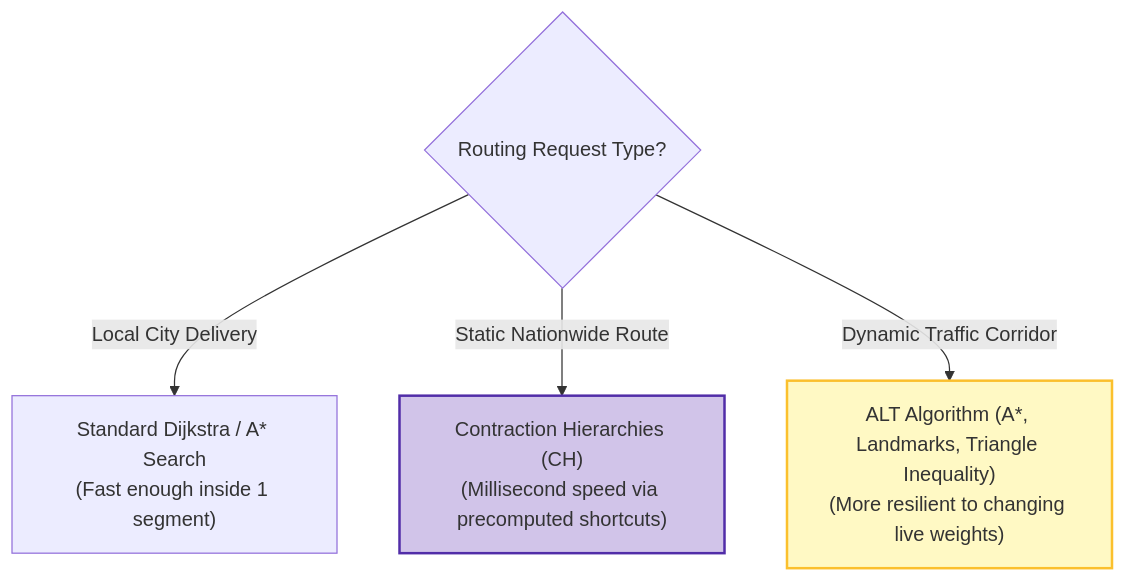
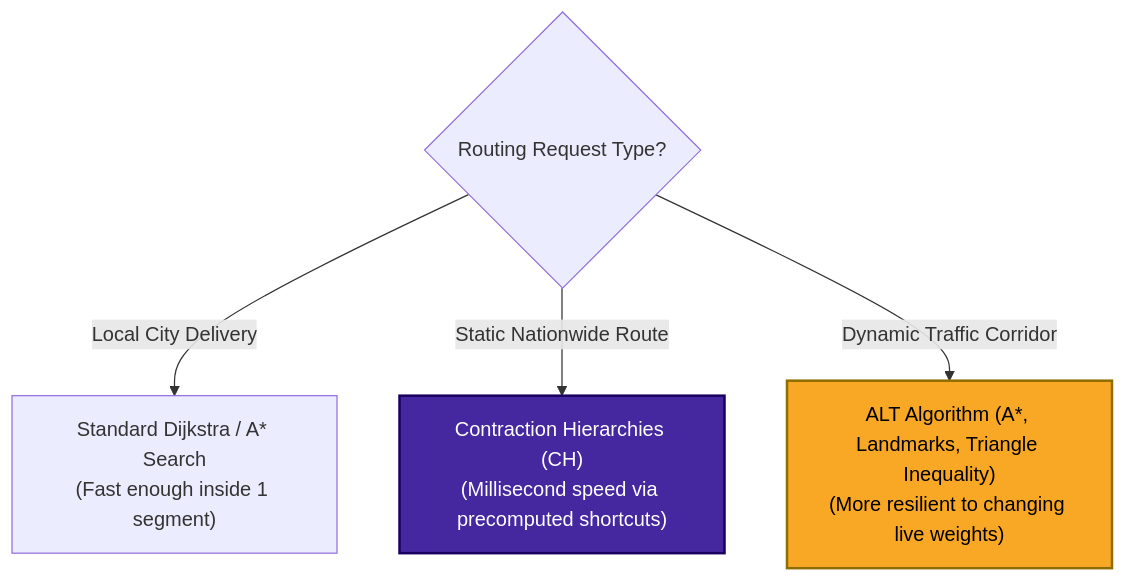
Before and after one commit to riyaz-pasha/Learnings: the ninth of 20 diagrams in system-design/HLD/0-course/28-Design Google Maps-FAANG-Guide-story.md, drawn with Mermaid. The commit also changed other lines of this file and 1 other file, not shown here.

First line of the commit message:
[HLD] Make Google Maps guide mermaid diagram colors theme-safe

````diff
--- a/system-design/HLD/0-course/28-Design Google Maps-FAANG-Guide-story.md
+++ b/system-design/HLD/0-course/28-Design Google Maps-FAANG-Guide-story.md
@@ -499,9 +499,9 @@
 ```mermaid
 flowchart TD
     A{"Routing Request Type?"} -->|"Local City Delivery"| B["Standard Dijkstra / A* Search<br/>(Fast enough inside 1 segment)"]
     A -->|"Static Nationwide Route"| C["Contraction Hierarchies (CH)<br/>(Millisecond speed via precomputed shortcuts)"]
     A -->|"Dynamic Traffic Corridor"| D["ALT Algorithm (A*, Landmarks, Triangle Inequality)<br/>(More resilient to changing live weights)"]
 
-    style C fill:#d1c4e9,stroke:#512da8,stroke-width:2px
-    style D fill:#fff9c4,stroke:#fbc02d,stroke-width:2px
+    style C fill:#4527a0,stroke:#1a0060,color:#ffffff,stroke-width:2px
+    style D fill:#f9a825,stroke:#8d6e00,color:#000000,stroke-width:2px
 ```
````
